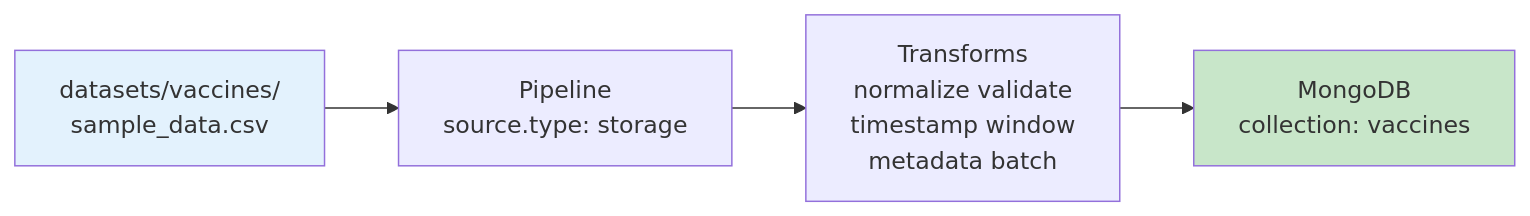
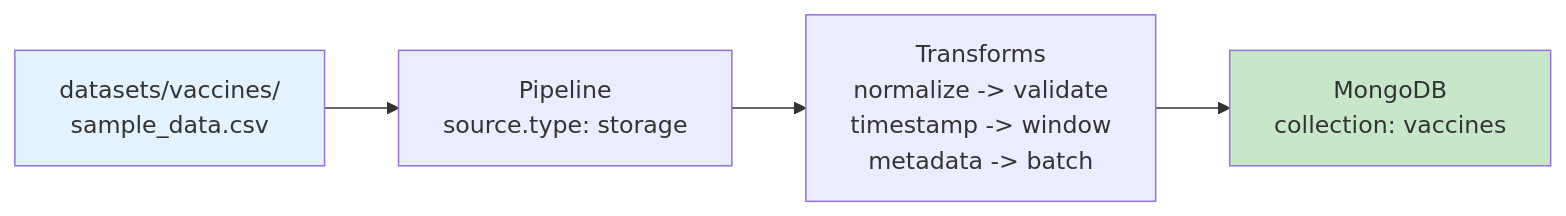
The third of 4 diagrams in GUIA_NUEVO_SCHEMA.md (arthur8davis/tfm-dataflow-architecture), drawn with Mermaid before and after one commit. The commit also changed other lines of this file and 9 other files, not shown here.

````diff
--- a/GUIA_NUEVO_SCHEMA.md
+++ b/GUIA_NUEVO_SCHEMA.md
@@ -373,9 +309,9 @@
 ```mermaid
 flowchart LR
     CSV["datasets/vaccines/\nsample_data.csv"] --> Pipeline["Pipeline\nsource.type: storage"]
-    Pipeline --> Transforms["Transforms\nnormalize  validate\ntimestamp  window\nmetadata  batch"]
+    Pipeline --> Transforms["Transforms\nnormalize -> validate\ntimestamp -> window\nmetadata -> batch"]
     Transforms --> MongoDB["MongoDB\ncollection: vaccines"]
 
     style CSV fill:#e3f2fd
     style MongoDB fill:#c8e6c9
 ```
````
